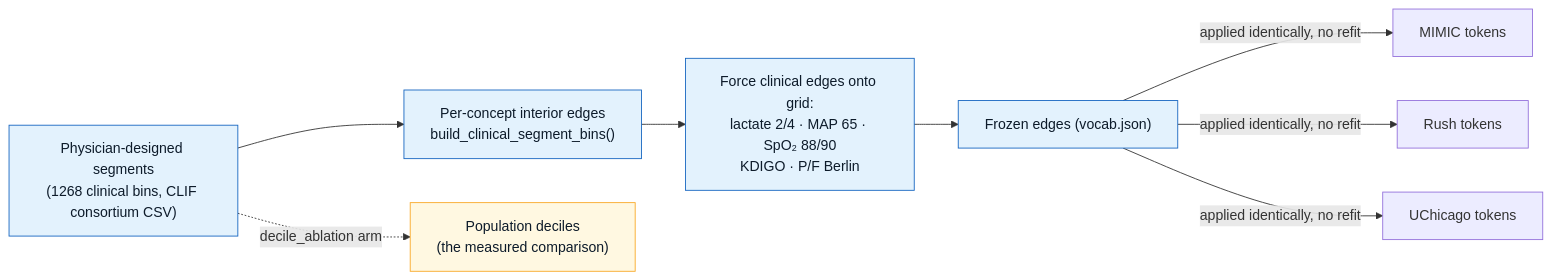
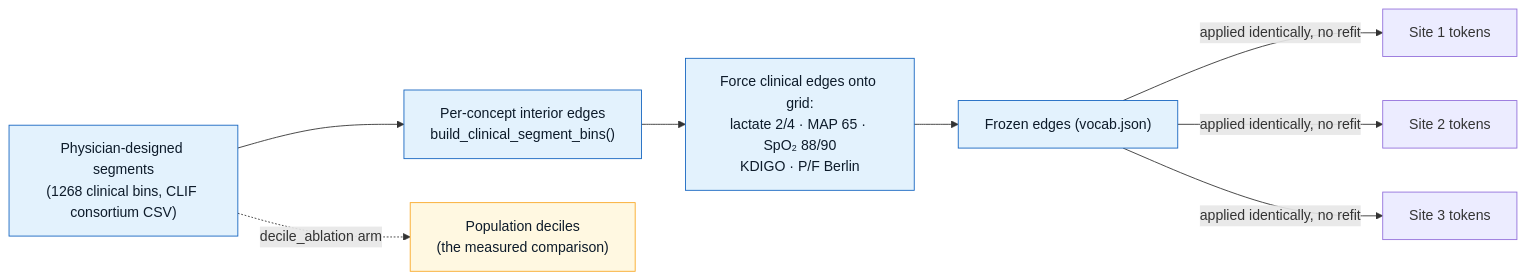
Before and after one commit to sajor2000/clifatron2.0: the fifth of 7 diagrams in website/docs/data-tokenization.md, drawn with Mermaid. The commit also changed other lines of this file and 7 other files, not shown here.

````diff
--- a/website/docs/data-tokenization.md
+++ b/website/docs/data-tokenization.md
@@ -160,15 +160,15 @@
 ```mermaid
 flowchart LR
     CSV["Physician-designed segments<br/>(1268 clinical bins, CLIF consortium CSV)"] --> EDGES["Per-concept interior edges<br/>build_clinical_segment_bins()"]
     EDGES --> FORCE["Force clinical edges onto grid:<br/>lactate 2/4 · MAP 65 · SpO₂ 88/90<br/>KDIGO · P/F Berlin"]
     FORCE --> FROZEN["Frozen edges (vocab.json)"]
-    FROZEN -->|"applied identically, no refit"| MIMIC["MIMIC tokens"]
-    FROZEN -->|"applied identically, no refit"| RUSH["Rush tokens"]
-    FROZEN -->|"applied identically, no refit"| UC["UChicago tokens"]
+    FROZEN -->|"applied identically, no refit"| S1["Site 1 tokens"]
+    FROZEN -->|"applied identically, no refit"| S2["Site 2 tokens"]
+    FROZEN -->|"applied identically, no refit"| S3["Site 3 tokens"]
     CSV -. "decile_ablation arm" .-> DEC["Population deciles<br/>(the measured comparison)"]
 
     classDef ref fill:#e3f2fd,stroke:#1565c0,color:#0d1b2a;
     classDef abl fill:#fff8e1,stroke:#f9a825,color:#0d1b2a;
     class CSV,EDGES,FORCE,FROZEN ref;
     class DEC abl;
 ```
````
